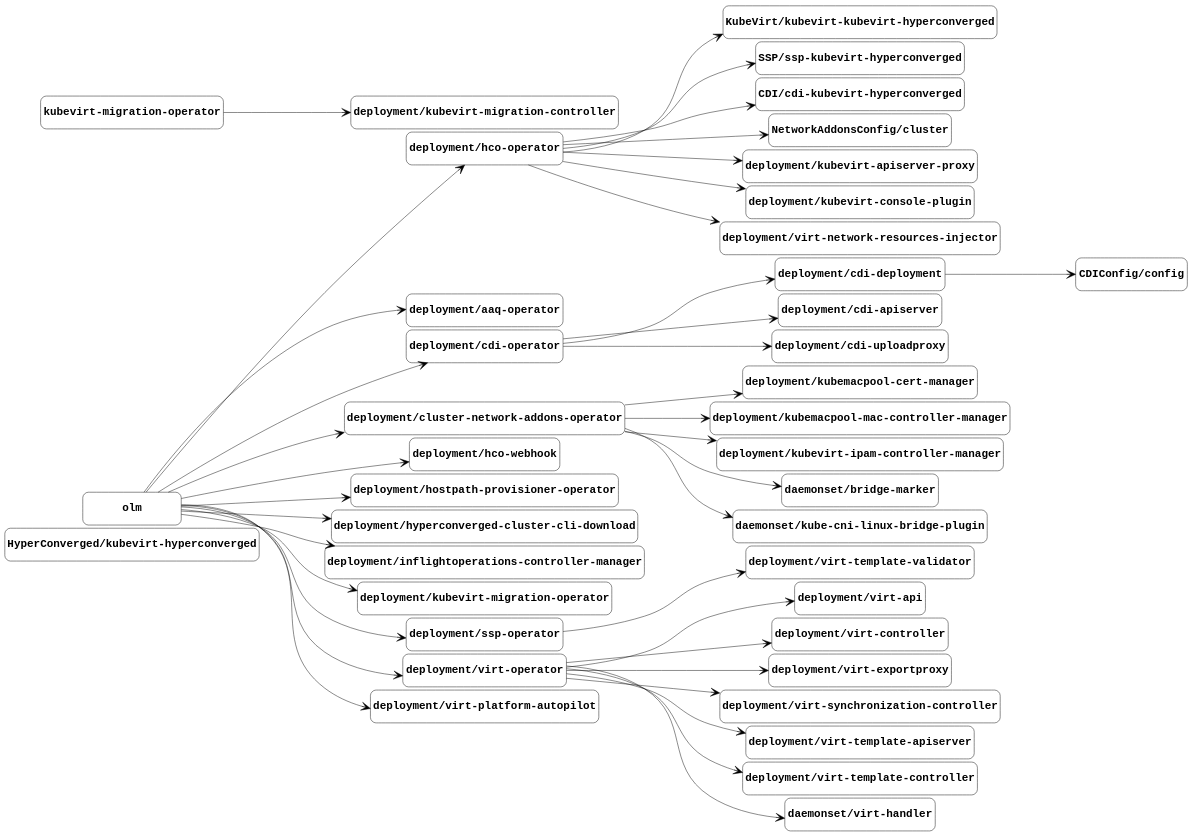
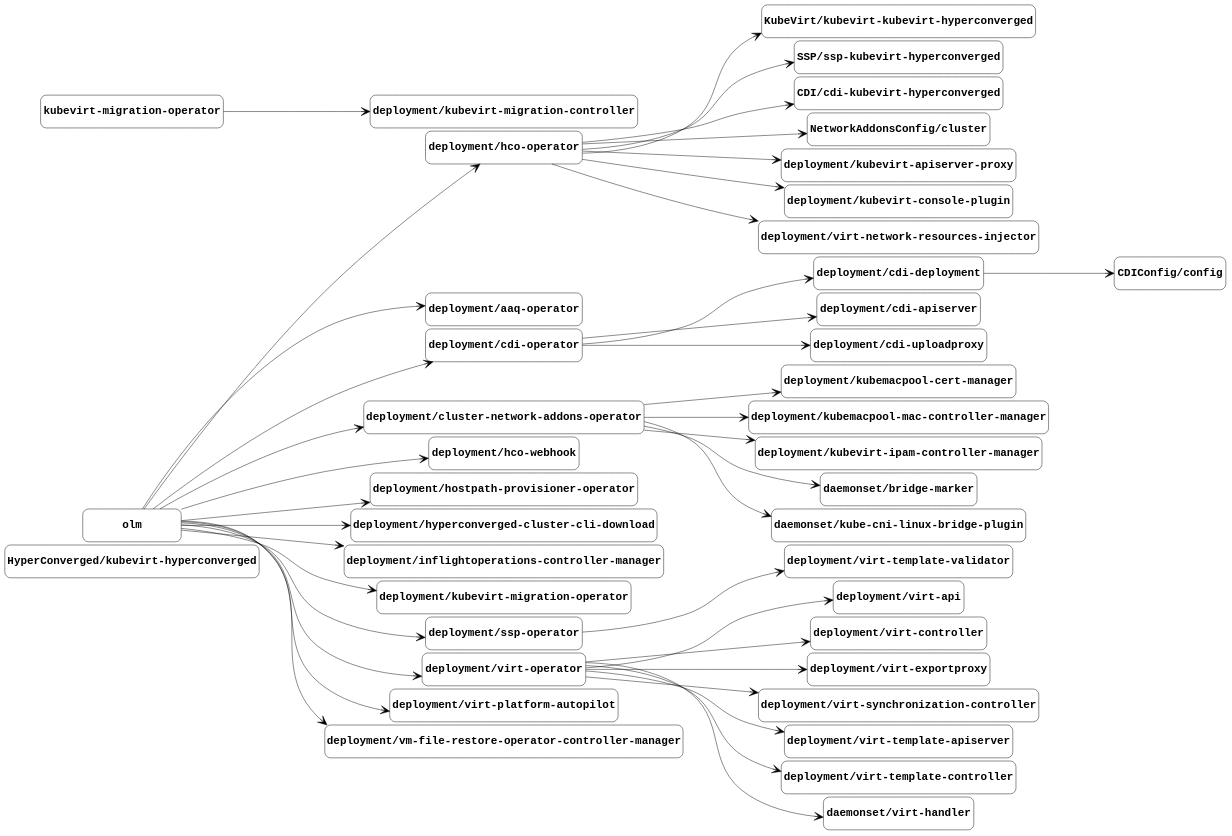
The diagram in docs/managed-by.gv (kubevirt/hyperconverged-cluster-operator), drawn with Graphviz before and after one commit. The commit also changed 3 other files, not shown here.

Commit message:
Update component graphs from the nightly job (#4485)

```diff
--- a/docs/managed-by.gv
+++ b/docs/managed-by.gv
@@ -1,117 +1,120 @@
 digraph "managed-by" {
 	graph [center=true margin=0.2 nodesep=0.1 rankdir=LR ranksep=2]
 	node [fontname="Courier-Bold" fontsize=24 height=1 shape=box style=rounded width=3]
 	edge [arrowhead=vee arrowsize=2]
 	"HyperConverged/kubevirt-hyperconverged" [label="HyperConverged/kubevirt-hyperconverged"]
 	"KubeVirt/kubevirt-kubevirt-hyperconverged" [label="KubeVirt/kubevirt-kubevirt-hyperconverged"]
 	"deployment/hco-operator" [label="deployment/hco-operator"]
 	"deployment/hco-operator" -> "KubeVirt/kubevirt-kubevirt-hyperconverged"
 	"SSP/ssp-kubevirt-hyperconverged" [label="SSP/ssp-kubevirt-hyperconverged"]
 	"deployment/hco-operator" [label="deployment/hco-operator"]
 	"deployment/hco-operator" -> "SSP/ssp-kubevirt-hyperconverged"
 	"CDI/cdi-kubevirt-hyperconverged" [label="CDI/cdi-kubevirt-hyperconverged"]
 	"deployment/hco-operator" [label="deployment/hco-operator"]
 	"deployment/hco-operator" -> "CDI/cdi-kubevirt-hyperconverged"
 	"CDIConfig/config" [label="CDIConfig/config"]
 	"deployment/cdi-deployment" [label="deployment/cdi-deployment"]
 	"deployment/cdi-deployment" -> "CDIConfig/config"
 	"NetworkAddonsConfig/cluster" [label="NetworkAddonsConfig/cluster"]
 	"deployment/hco-operator" [label="deployment/hco-operator"]
 	"deployment/hco-operator" -> "NetworkAddonsConfig/cluster"
 	"deployment/aaq-operator" [label="deployment/aaq-operator"]
 	olm [label=olm]
 	olm -> "deployment/aaq-operator"
 	"deployment/cdi-apiserver" [label="deployment/cdi-apiserver"]
 	"deployment/cdi-operator" [label="deployment/cdi-operator"]
 	"deployment/cdi-operator" -> "deployment/cdi-apiserver"
 	"deployment/cdi-deployment" [label="deployment/cdi-deployment"]
 	"deployment/cdi-operator" [label="deployment/cdi-operator"]
 	"deployment/cdi-operator" -> "deployment/cdi-deployment"
 	"deployment/cdi-operator" [label="deployment/cdi-operator"]
 	olm [label=olm]
 	olm -> "deployment/cdi-operator"
 	"deployment/cdi-uploadproxy" [label="deployment/cdi-uploadproxy"]
 	"deployment/cdi-operator" [label="deployment/cdi-operator"]
 	"deployment/cdi-operator" -> "deployment/cdi-uploadproxy"
 	"deployment/cluster-network-addons-operator" [label="deployment/cluster-network-addons-operator"]
 	olm [label=olm]
 	olm -> "deployment/cluster-network-addons-operator"
 	"deployment/hco-operator" [label="deployment/hco-operator"]
 	olm [label=olm]
 	olm -> "deployment/hco-operator"
 	"deployment/hco-webhook" [label="deployment/hco-webhook"]
 	olm [label=olm]
 	olm -> "deployment/hco-webhook"
 	"deployment/hostpath-provisioner-operator" [label="deployment/hostpath-provisioner-operator"]
 	olm [label=olm]
 	olm -> "deployment/hostpath-provisioner-operator"
 	"deployment/hyperconverged-cluster-cli-download" [label="deployment/hyperconverged-cluster-cli-download"]
 	olm [label=olm]
 	olm -> "deployment/hyperconverged-cluster-cli-download"
 	"deployment/inflightoperations-controller-manager" [label="deployment/inflightoperations-controller-manager"]
 	olm [label=olm]
 	olm -> "deployment/inflightoperations-controller-manager"
 	"deployment/kubemacpool-cert-manager" [label="deployment/kubemacpool-cert-manager"]
 	"deployment/cluster-network-addons-operator" [label="deployment/cluster-network-addons-operator"]
 	"deployment/cluster-network-addons-operator" -> "deployment/kubemacpool-cert-manager"
 	"deployment/kubemacpool-mac-controller-manager" [label="deployment/kubemacpool-mac-controller-manager"]
 	"deployment/cluster-network-addons-operator" [label="deployment/cluster-network-addons-operator"]
 	"deployment/cluster-network-addons-operator" -> "deployment/kubemacpool-mac-controller-manager"
 	"deployment/kubevirt-apiserver-proxy" [label="deployment/kubevirt-apiserver-proxy"]
 	"deployment/hco-operator" [label="deployment/hco-operator"]
 	"deployment/hco-operator" -> "deployment/kubevirt-apiserver-proxy"
 	"deployment/kubevirt-console-plugin" [label="deployment/kubevirt-console-plugin"]
 	"deployment/hco-operator" [label="deployment/hco-operator"]
 	"deployment/hco-operator" -> "deployment/kubevirt-console-plugin"
 	"deployment/kubevirt-ipam-controller-manager" [label="deployment/kubevirt-ipam-controller-manager"]
 	"deployment/cluster-network-addons-operator" [label="deployment/cluster-network-addons-operator"]
 	"deployment/cluster-network-addons-operator" -> "deployment/kubevirt-ipam-controller-manager"
 	"deployment/kubevirt-migration-controller" [label="deployment/kubevirt-migration-controller"]
 	"kubevirt-migration-operator" [label="kubevirt-migration-operator"]
 	"kubevirt-migration-operator" -> "deployment/kubevirt-migration-controller"
 	"deployment/kubevirt-migration-operator" [label="deployment/kubevirt-migration-operator"]
 	olm [label=olm]
 	olm -> "deployment/kubevirt-migration-operator"
 	"deployment/ssp-operator" [label="deployment/ssp-operator"]
 	olm [label=olm]
 	olm -> "deployment/ssp-operator"
 	"deployment/virt-api" [label="deployment/virt-api"]
 	"deployment/virt-operator" [label="deployment/virt-operator"]
 	"deployment/virt-operator" -> "deployment/virt-api"
 	"deployment/virt-controller" [label="deployment/virt-controller"]
 	"deployment/virt-operator" [label="deployment/virt-operator"]
 	"deployment/virt-operator" -> "deployment/virt-controller"
 	"deployment/virt-exportproxy" [label="deployment/virt-exportproxy"]
 	"deployment/virt-operator" [label="deployment/virt-operator"]
 	"deployment/virt-operator" -> "deployment/virt-exportproxy"
 	"deployment/virt-network-resources-injector" [label="deployment/virt-network-resources-injector"]
 	"deployment/hco-operator" [label="deployment/hco-operator"]
 	"deployment/hco-operator" -> "deployment/virt-network-resources-injector"
 	"deployment/virt-operator" [label="deployment/virt-operator"]
 	olm [label=olm]
 	olm -> "deployment/virt-operator"
 	"deployment/virt-platform-autopilot" [label="deployment/virt-platform-autopilot"]
 	olm [label=olm]
 	olm -> "deployment/virt-platform-autopilot"
 	"deployment/virt-synchronization-controller" [label="deployment/virt-synchronization-controller"]
 	"deployment/virt-operator" [label="deployment/virt-operator"]
 	"deployment/virt-operator" -> "deployment/virt-synchronization-controller"
 	"deployment/virt-template-apiserver" [label="deployment/virt-template-apiserver"]
 	"deployment/virt-operator" [label="deployment/virt-operator"]
 	"deployment/virt-operator" -> "deployment/virt-template-apiserver"
 	"deployment/virt-template-controller" [label="deployment/virt-template-controller"]
 	"deployment/virt-operator" [label="deployment/virt-operator"]
 	"deployment/virt-operator" -> "deployment/virt-template-controller"
 	"deployment/virt-template-validator" [label="deployment/virt-template-validator"]
 	"deployment/ssp-operator" [label="deployment/ssp-operator"]
 	"deployment/ssp-operator" -> "deployment/virt-template-validator"
+	"deployment/vm-file-restore-operator-controller-manager" [label="deployment/vm-file-restore-operator-controller-manager"]
+	olm [label=olm]
+	olm -> "deployment/vm-file-restore-operator-controller-manager"
 	"daemonset/bridge-marker" [label="daemonset/bridge-marker"]
 	"deployment/cluster-network-addons-operator" [label="deployment/cluster-network-addons-operator"]
 	"deployment/cluster-network-addons-operator" -> "daemonset/bridge-marker"
 	"daemonset/kube-cni-linux-bridge-plugin" [label="daemonset/kube-cni-linux-bridge-plugin"]
 	"deployment/cluster-network-addons-operator" [label="deployment/cluster-network-addons-operator"]
 	"deployment/cluster-network-addons-operator" -> "daemonset/kube-cni-linux-bridge-plugin"
 	"daemonset/virt-handler" [label="daemonset/virt-handler"]
 	"deployment/virt-operator" [label="deployment/virt-operator"]
 	"deployment/virt-operator" -> "daemonset/virt-handler"
 }
```
